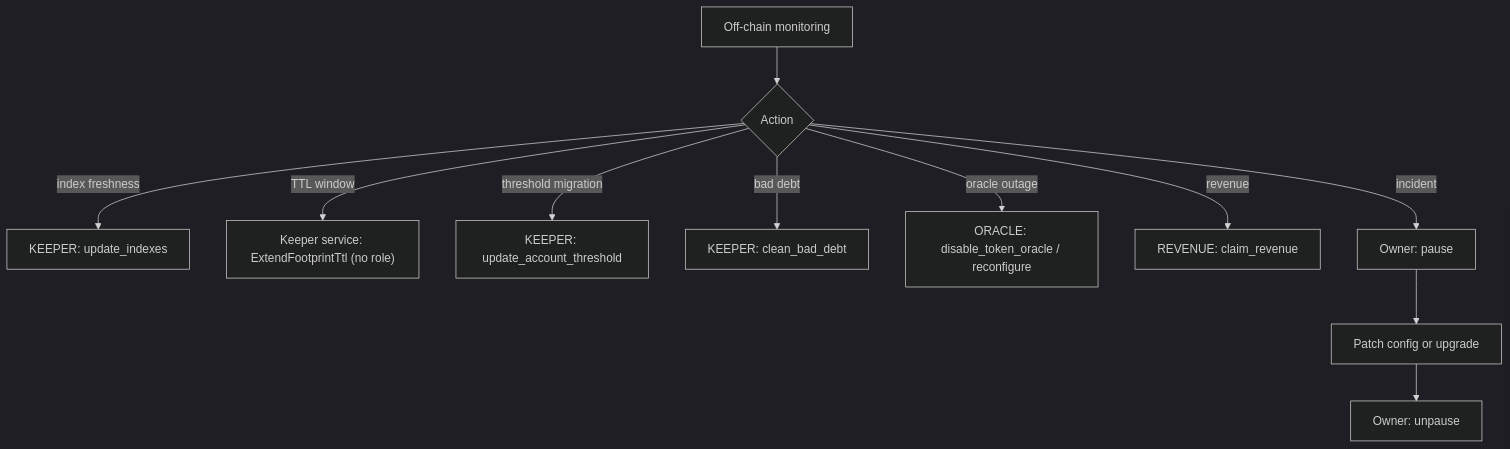
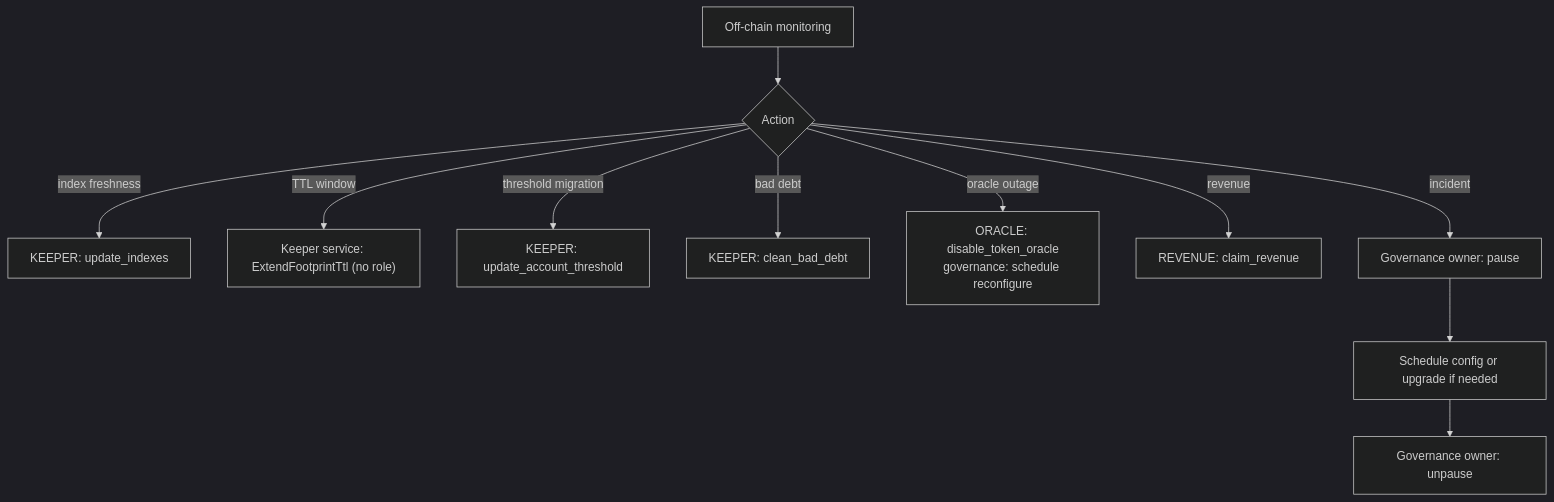
Before and after one commit to XOXNO/rs-lending-xlm: diagram 14 of 14 in SCF_BUILD_ARCHITECTURE.md, drawn with Mermaid (dark theme). The commit also changed other lines of this file and 35 other files, not shown here.

````diff
--- a/SCF_BUILD_ARCHITECTURE.md
+++ b/SCF_BUILD_ARCHITECTURE.md
@@ -1074,13 +1157,13 @@
 ```mermaid
 flowchart TD
     Monitor["Off-chain monitoring"] --> A{"Action"}
     A -->|index freshness| K1["KEEPER: update_indexes"]
     A -->|TTL window| K2["Keeper service: ExtendFootprintTtl (no role)"]
     A -->|threshold migration| K3["KEEPER: update_account_threshold"]
     A -->|bad debt| K4["KEEPER: clean_bad_debt"]
-    A -->|oracle outage| O1["ORACLE: disable_token_oracle / reconfigure"]
+    A -->|oracle outage| O1["ORACLE: disable_token_oracle<br/>governance: schedule reconfigure"]
     A -->|revenue| R1["REVENUE: claim_revenue"]
-    A -->|incident| P1["Owner: pause"]
-    P1 --> Fix["Patch config or upgrade"]
-    Fix --> U["Owner: unpause"]
+    A -->|incident| P1["Governance owner: pause"]
+    P1 --> Fix["Schedule config or upgrade if needed"]
+    Fix --> U["Governance owner: unpause"]
 ```
````
